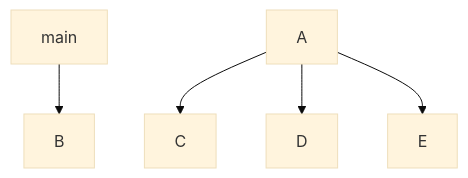
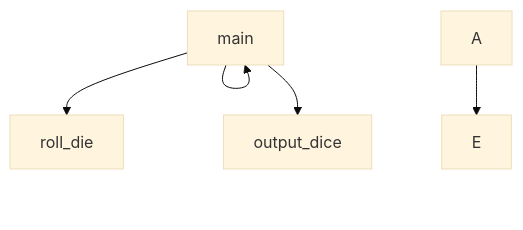
Before and after one commit to Oliver-915/Chapter-7-Team-Project: the diagram in README.md, drawn with Mermaid (base theme).

````diff
--- a/README.md
+++ b/README.md
@@ -9,7 +9,7 @@
 ```mermaid
 graph TD;
-  main-->B;
-  A-->C;
-  A-->D;
+  main-->roll_die;
+  main-->main;
+  main-->output_dice;
   A-->E;
 ```
````
